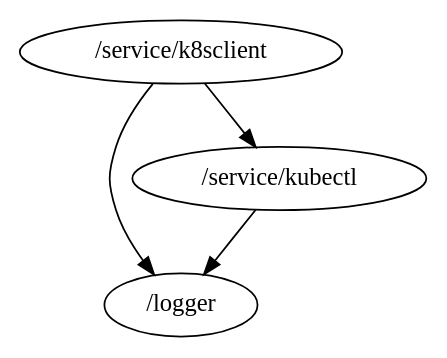
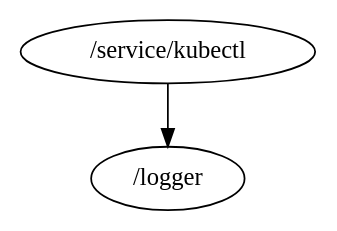
One commit to percona/dbaas-controller changed the diagram in packages.dot. Above: the diagram before and after it, drawn with Graphviz. The commit also changed 4 other files, not shown here.

```diff
--- a/packages.dot
+++ b/packages.dot
@@ -1,5 +1,3 @@
 digraph packages {
-	"/service/k8sclient" -> "/logger";
-	"/service/k8sclient" -> "/service/kubectl";
 	"/service/kubectl" -> "/logger";
 }
```
